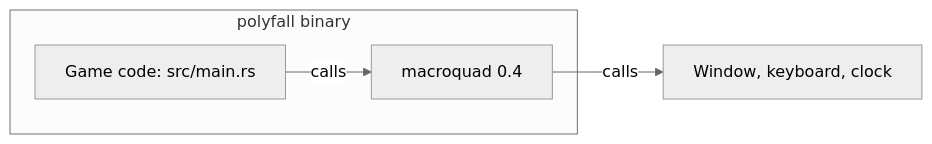
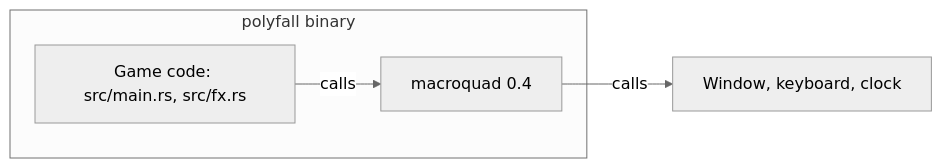
The diagram in docs/architecture/containers.md (chussenot/polyfall), drawn with Mermaid (neutral theme) before and after one commit. The commit also changed other lines of this file and 14 other files, not shown here.

````diff
--- a/docs/architecture/containers.md
+++ b/docs/architecture/containers.md
@@ -23,10 +24,10 @@
 ```mermaid
 flowchart LR
     subgraph Binary["polyfall binary"]
-        Code["Game code: src/main.rs"]
+        Code["Game code: src/main.rs, src/fx.rs"]
         MQ["macroquad 0.4"]
     end
     OS["Window, keyboard, clock"]
     Code -->|"calls"| MQ
     MQ -->|"calls"| OS
 ```
````
